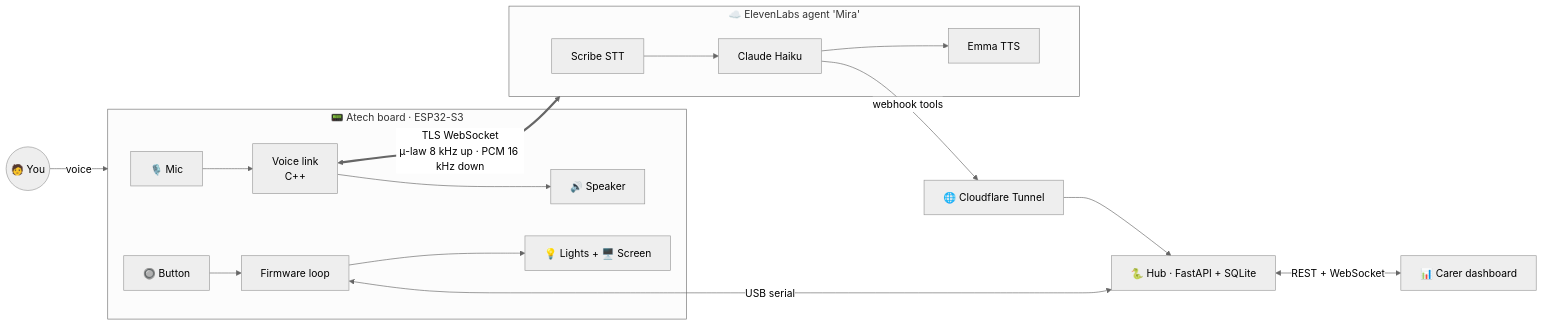
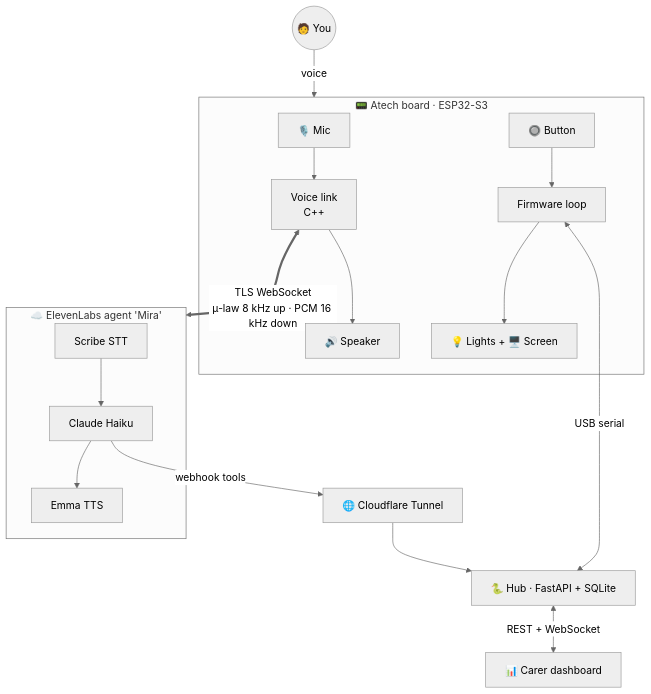
One commit to poolmoot/mira-ai-companion changed the diagram in README.md. Above: the diagram before and after it, drawn with Mermaid (neutral theme).

Commit message:
README: top-down architecture diagram

````diff
--- a/README.md
+++ b/README.md
@@ -55,18 +55,18 @@
 ```mermaid
-flowchart LR
+flowchart TB
     U((🧑 You)) -- voice --> B
     subgraph B["📟 Atech board · ESP32-S3"]
         MIC[🎙️ Mic] --> V[Voice link<br/>C++]
         V --> SPK[🔊 Speaker]
         BTN[🔘 Button] --> FW[Firmware loop]
         FW --> LED[💡 Lights + 🖥️ Screen]
     end
     V <== "TLS WebSocket<br/>μ-law 8 kHz up · PCM 16 kHz down" ==> EL
     subgraph EL["☁️ ElevenLabs agent 'Mira'"]
         STT[Scribe STT] --> LLM[Claude Haiku] --> TTS[Emma TTS]
     end
     LLM -- "webhook tools" --> T[🌐 Cloudflare Tunnel]
     T --> H
     FW <-- "USB serial" --> H["🐍 Hub · FastAPI + SQLite"]
     H <-- "REST + WebSocket" --> D[📊 Carer dashboard]
 ```
````
